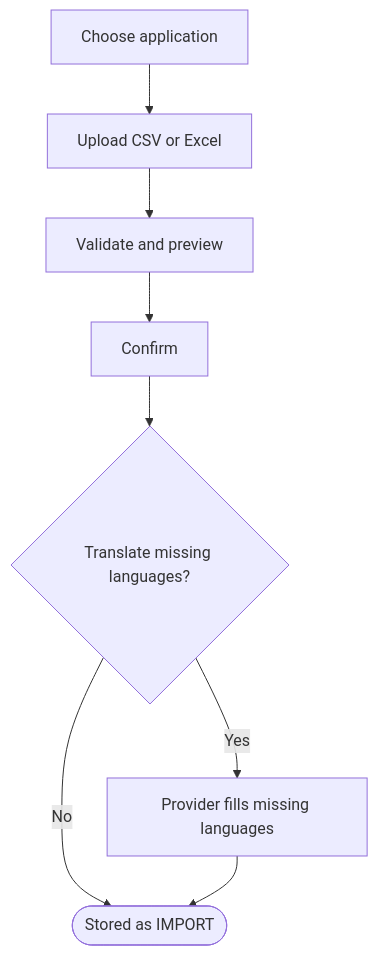
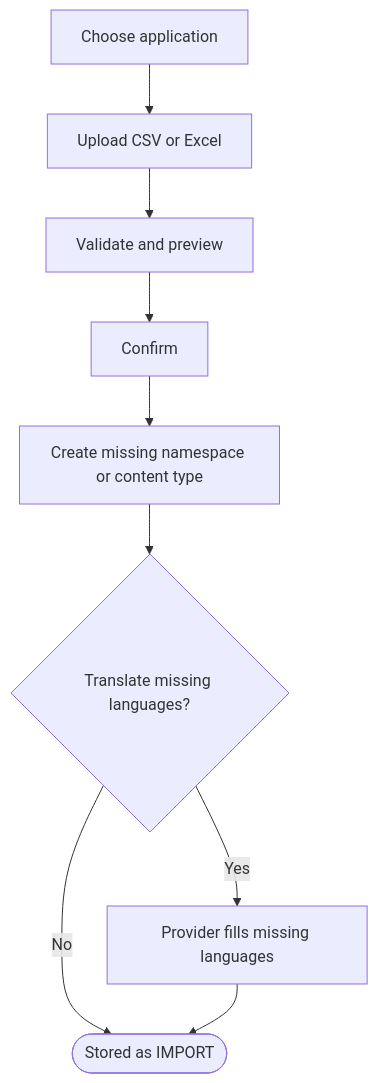
The eighth of 10 diagrams in docs/lark-diagrams.md (alanwongsh/mrdiy-lingo), drawn with Mermaid before and after one commit. The commit also changed other lines of this file and 4 other files, not shown here.

````diff
--- a/docs/lark-diagrams.md
+++ b/docs/lark-diagrams.md
@@ -134,10 +145,11 @@
 ```mermaid
 flowchart TD
   Pick[Choose application] --> File[Upload CSV or Excel]
   File --> Preview[Validate and preview]
   Preview --> Confirm[Confirm]
-  Confirm --> Opt{Translate missing languages?}
+  Confirm --> Created[Create missing namespace or content type]
+  Created --> Opt{Translate missing languages?}
   Opt -->|Yes| Run[Provider fills missing languages]
   Opt -->|No| Done([Stored as IMPORT])
   Run --> Done
 ```
````
